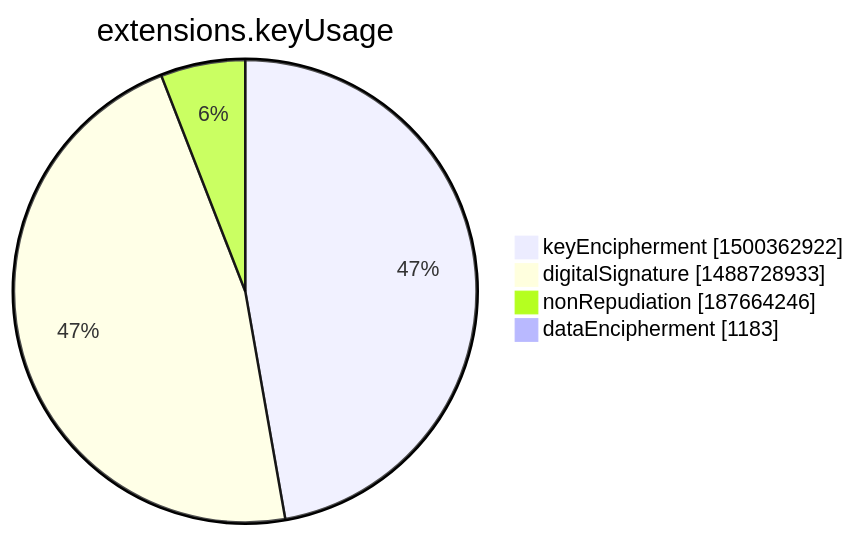
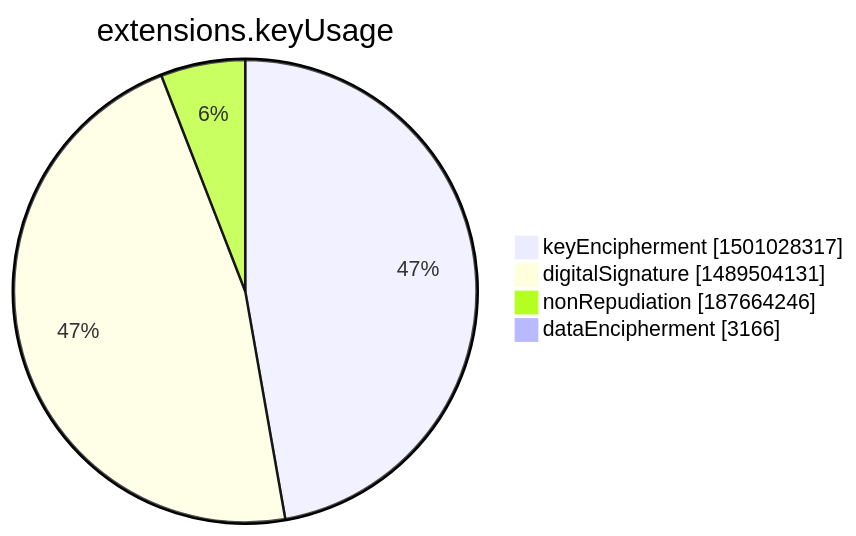
The seventh of 15 diagrams in xenon2022/README.md (christiankrug/ctmonitor_visualization), drawn with Mermaid before and after one commit. The commit also changed other lines of this file, not shown here.

````diff
--- a/xenon2022/README.md
+++ b/xenon2022/README.md
@@ -2844,8 +2844,8 @@
 ```mermaid
 pie showData
 title extensions.keyUsage
-"keyEncipherment" :1500362922
-"digitalSignature" :1488728933
+"keyEncipherment" :1501028317
+"digitalSignature" :1489504131
 "nonRepudiation" :187664246
-"dataEncipherment" :1183
+"dataEncipherment" :3166
 ```
````
